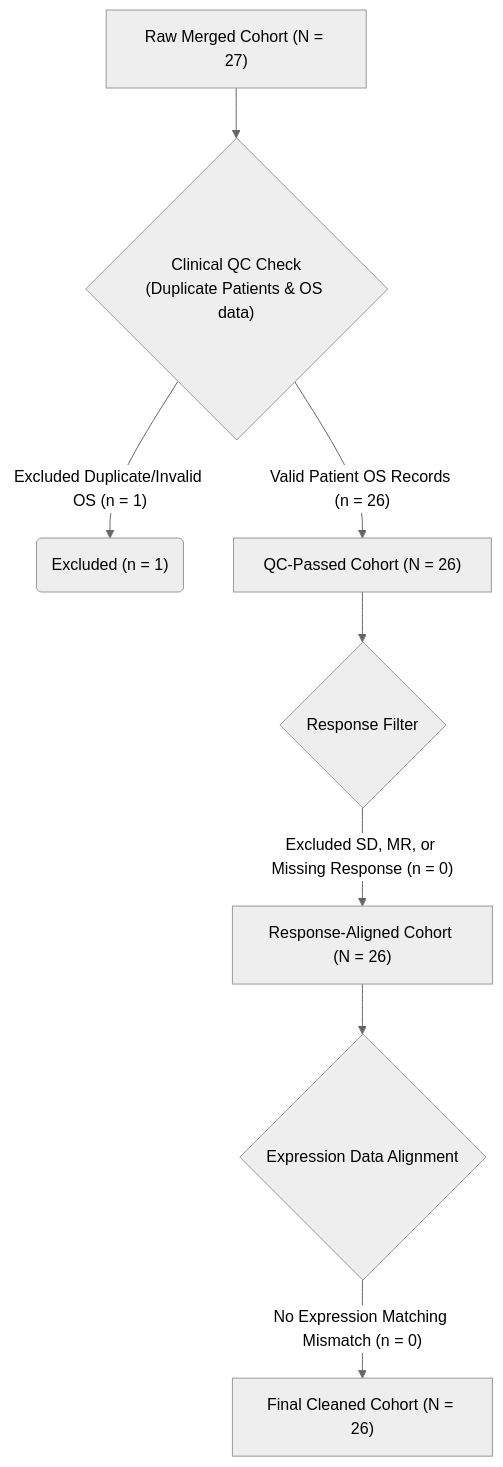
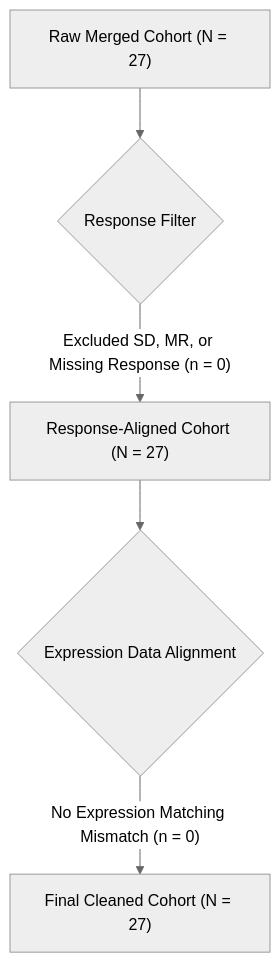
The second of 4 diagrams in q1-response-predictor/reports/cohort_characteristics_clinical.md (gillespieza/melanoma-assignment-3), drawn with Mermaid (neutral theme) before and after one commit. The commit also changed other lines of this file and 20 other files, not shown here.

````diff
--- a/q1-response-predictor/reports/cohort_characteristics_clinical.md
+++ b/q1-response-predictor/reports/cohort_characteristics_clinical.md
@@ -134,10 +160,7 @@
 ```mermaid
 graph TD
-    A["Raw Merged Cohort (N = 27)"] --> B{"Clinical QC Check<br>(Duplicate Patients & OS data)"}
-    B -->|"Excluded Duplicate/Invalid OS (n = 1)"| C("Excluded (n = 1)")
-    B -->|"Valid Patient OS Records (n = 26)"| D["QC-Passed Cohort (N = 26)"]
-    D --> E{"Response Filter"}
-    E -->|"Excluded SD, MR, or Missing Response (n = 0)"| F["Response-Aligned Cohort (N = 26)"]
-    F --> G{"Expression Data Alignment"}
-    G -->|"No Expression Matching Mismatch (n = 0)"| H["Final Cleaned Cohort (N = 26)"]
+    A["Raw Merged Cohort (N = 27)"] --> B{"Response Filter"}
+    B -->|"Excluded SD, MR, or Missing Response (n = 0)"| C["Response-Aligned Cohort (N = 27)"]
+    C --> D{"Expression Data Alignment"}
+    D -->|"No Expression Matching Mismatch (n = 0)"| E["Final Cleaned Cohort (N = 27)"]
 ```
````
